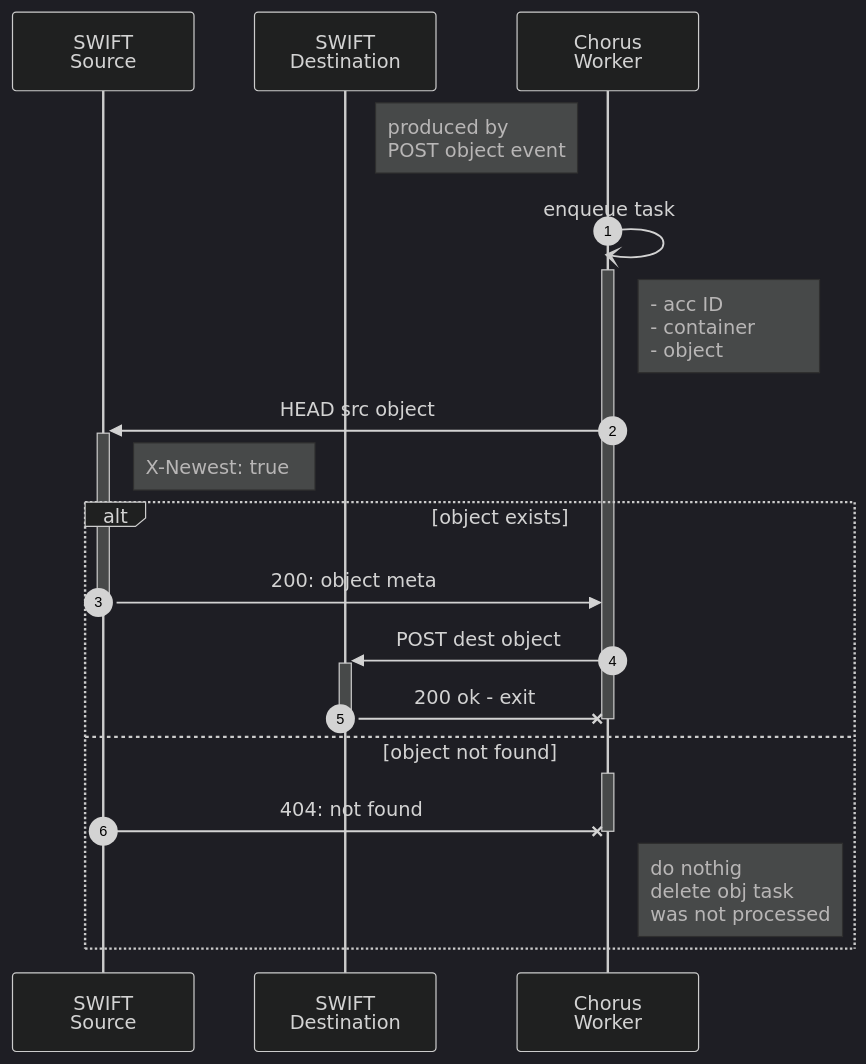
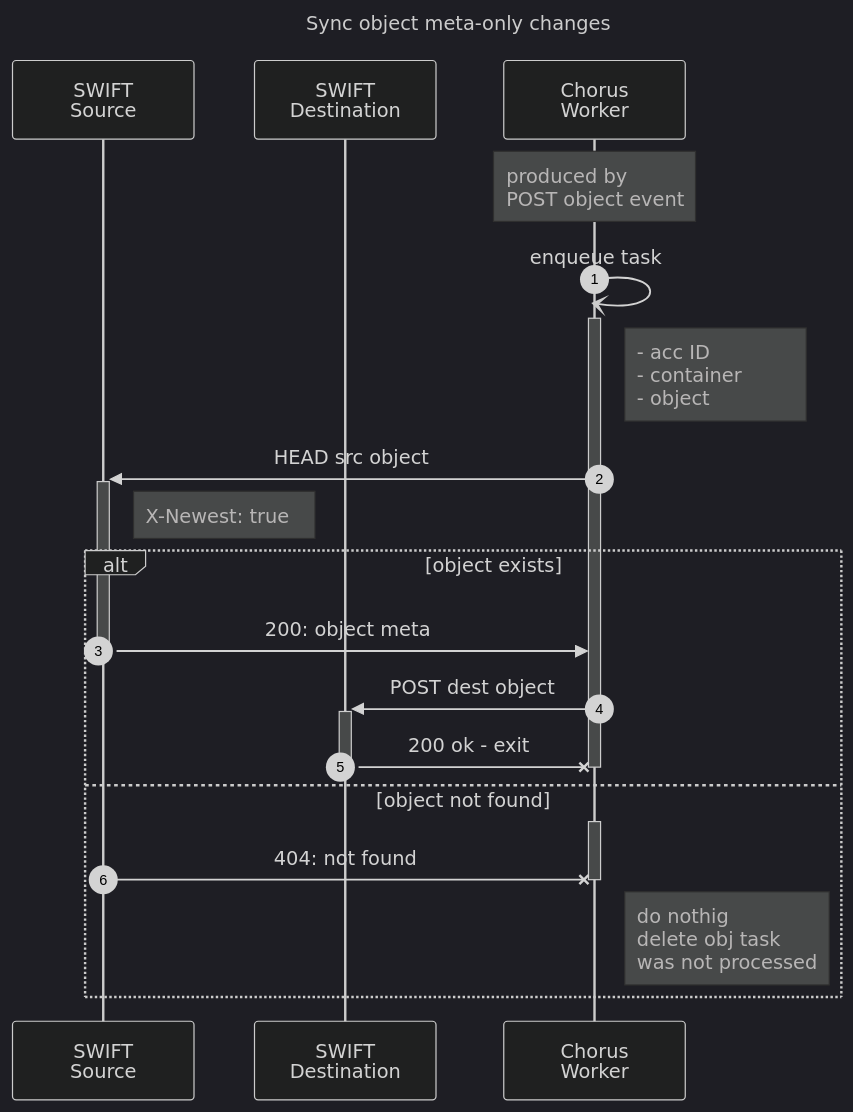
One commit to clyso/chorus changed the fourth of 6 diagrams in docs/swift-migration.md. Above: the diagram before and after it, drawn with Mermaid (dark theme). The commit also changed other lines of this file, not shown here.

Commit message:
swift live migration flow docs

````diff
--- a/docs/swift-migration.md
+++ b/docs/swift-migration.md
@@ -100,27 +157,30 @@
 ```mermaid
+---
+title: Sync object meta-only changes
+--- 
  %%{init: { 'sequence': {'noteAlign':'left'} } }%%
 sequenceDiagram
     autonumber
     Participant s as SWIFT<br>Source
     Participant d as SWIFT<br>Destination
     Participant w as Chorus<br>Worker
 
-    note left of w: produced by<br>POST object event
+    note over w: produced by<br>POST object event
     w-)w: enqueue task
     activate w
     Note right of w: - acc ID<br>- container<br>- object
     w->>+s: HEAD src object
     note right of s: X-Newest: true
 
     alt object exists
       s->>-w: 200: object meta
       w->>+d: POST dest object
       d-x-w: 200 ok - exit
       deactivate w
     else object not found
       activate w
       s-xw: 404: not found
       deactivate w
       note right of w: do nothig<br>delete obj task<br>was not processed
     end
 ```
````
